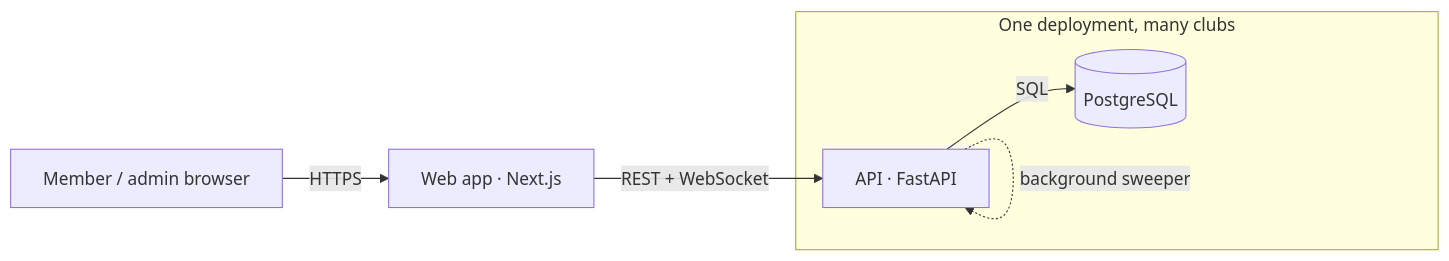
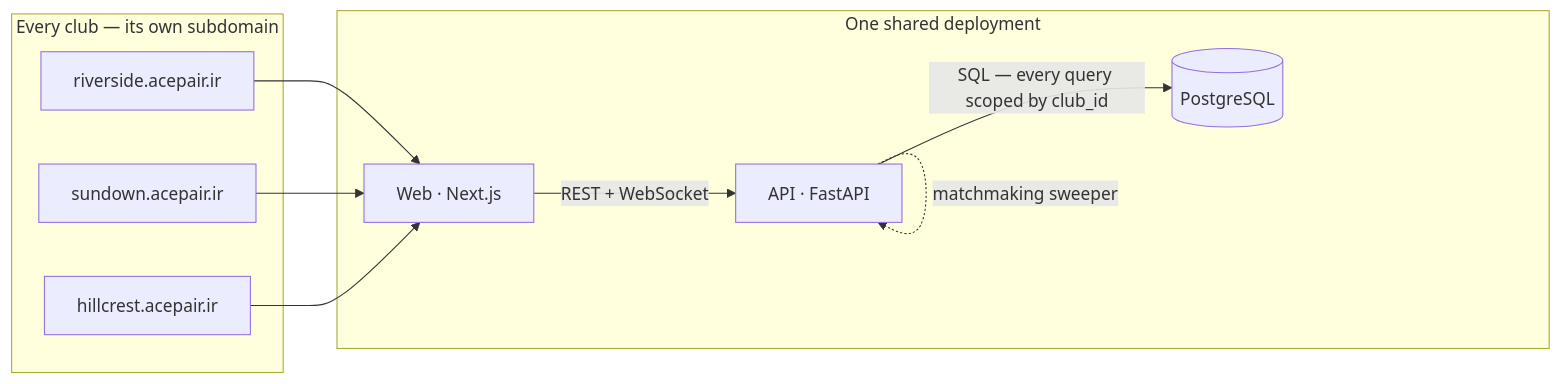
The first of 2 diagrams in README.md (MahdiPorheydarii/court-platform), drawn with Mermaid before and after one commit. The commit also changed other lines of this file and 4 other files, not shown here.

First line of the commit message:
README: architecture diagrams over UI screenshots; sharpen multi-tenancy

````diff
--- a/README.md
+++ b/README.md
@@ -88,11 +73,16 @@
 ```mermaid
 flowchart LR
-    U["Member / admin browser"] -->|HTTPS| W["Web app · Next.js"]
-    W -->|"REST + WebSocket"| A["API · FastAPI"]
-    A -->|SQL| D[("PostgreSQL")]
-    A -. "background sweeper" .-> A
-    subgraph platform["One deployment, many clubs"]
-      A
-      D
+    subgraph clubs["Every club — its own subdomain"]
+      R["riverside.acepair.ir"]
+      S["sundown.acepair.ir"]
+      H["hillcrest.acepair.ir"]
+    end
+    R --> W
+    S --> W
+    H --> W
+    subgraph deploy["One shared deployment"]
+      W["Web · Next.js"] -->|"REST + WebSocket"| A["API · FastAPI"]
+      A -->|"SQL — every query scoped by club_id"| D[("PostgreSQL")]
+      A -. "matchmaking sweeper" .-> A
     end
 ```
````
